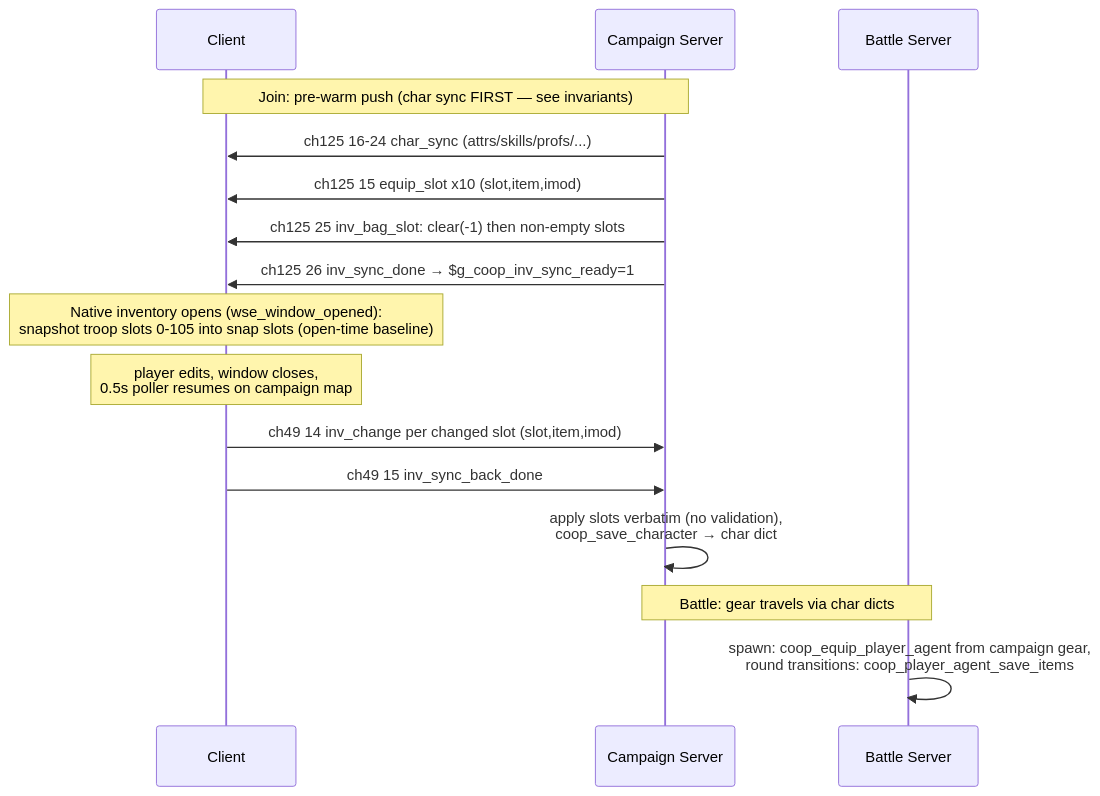
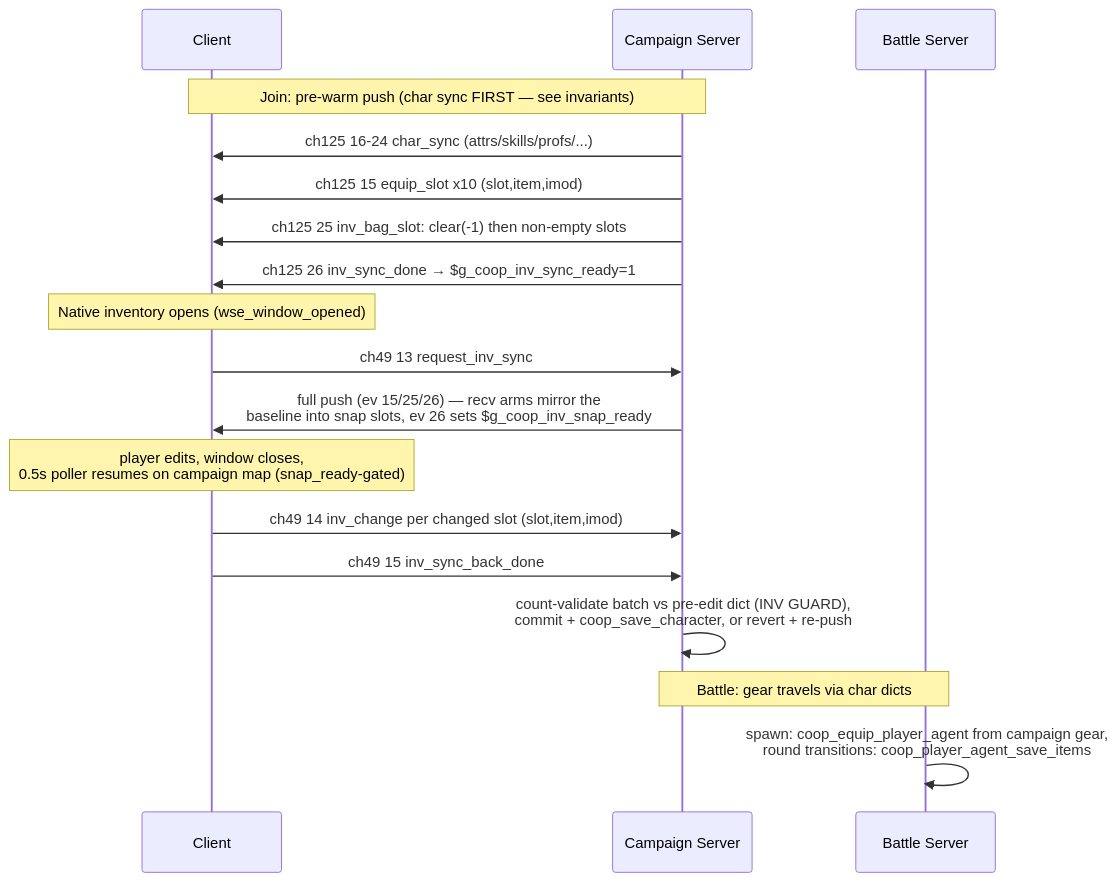
The diagram in docs/flows/inventory-sync.md (Night1099/WarbandTogether), drawn with Mermaid before and after one commit. The commit also changed other lines of this file and 16 other files, not shown here.

````diff
--- a/docs/flows/inventory-sync.md
+++ b/docs/flows/inventory-sync.md
@@ -22,21 +23,23 @@
 ```mermaid
 sequenceDiagram
     participant C as Client
     participant CS as Campaign Server
     participant BS as Battle Server
 
     note over CS,C: Join: pre-warm push (char sync FIRST — see invariants)
     CS->>C: ch125 16-24 char_sync (attrs/skills/profs/...)
     CS->>C: ch125 15 equip_slot x10 (slot,item,imod)
     CS->>C: ch125 25 inv_bag_slot: clear(-1) then non-empty slots
     CS->>C: ch125 26 inv_sync_done → $g_coop_inv_sync_ready=1
 
-    note over C: Native inventory opens (wse_window_opened):<br/>snapshot troop slots 0-105 into snap slots (open-time baseline)
-    note over C: player edits, window closes,<br/>0.5s poller resumes on campaign map
+    note over C: Native inventory opens (wse_window_opened)
+    C->>CS: ch49 13 request_inv_sync
+    CS->>C: full push (ev 15/25/26) — recv arms mirror the<br/>baseline into snap slots, ev 26 sets $g_coop_inv_snap_ready
+    note over C: player edits, window closes,<br/>0.5s poller resumes on campaign map (snap_ready-gated)
     C->>CS: ch49 14 inv_change per changed slot (slot,item,imod)
     C->>CS: ch49 15 inv_sync_back_done
-    CS->>CS: apply slots verbatim (no validation),<br/>coop_save_character → char dict
+    CS->>CS: count-validate batch vs pre-edit dict (INV GUARD),<br/>commit + coop_save_character, or revert + re-push
 
     note over CS,BS: Battle: gear travels via char dicts
     BS->>BS: spawn: coop_equip_player_agent from campaign gear,<br/>round transitions: coop_player_agent_save_items
 ```
````
